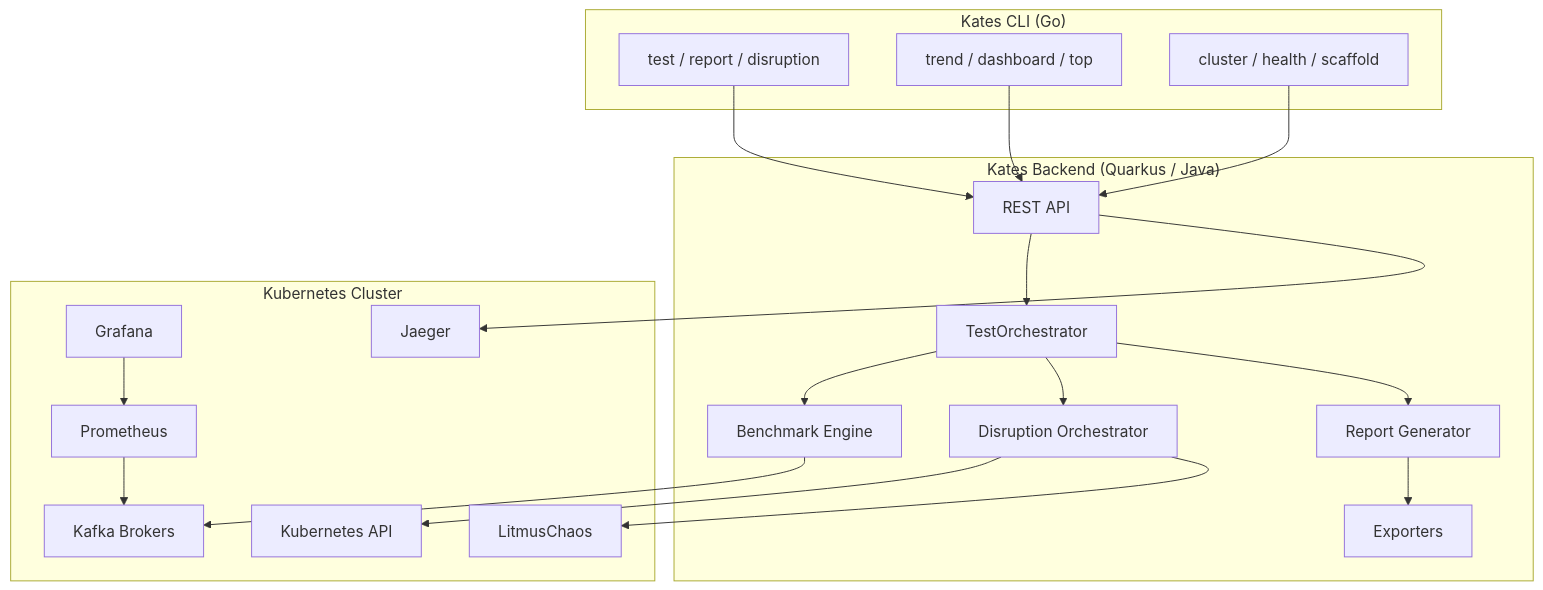
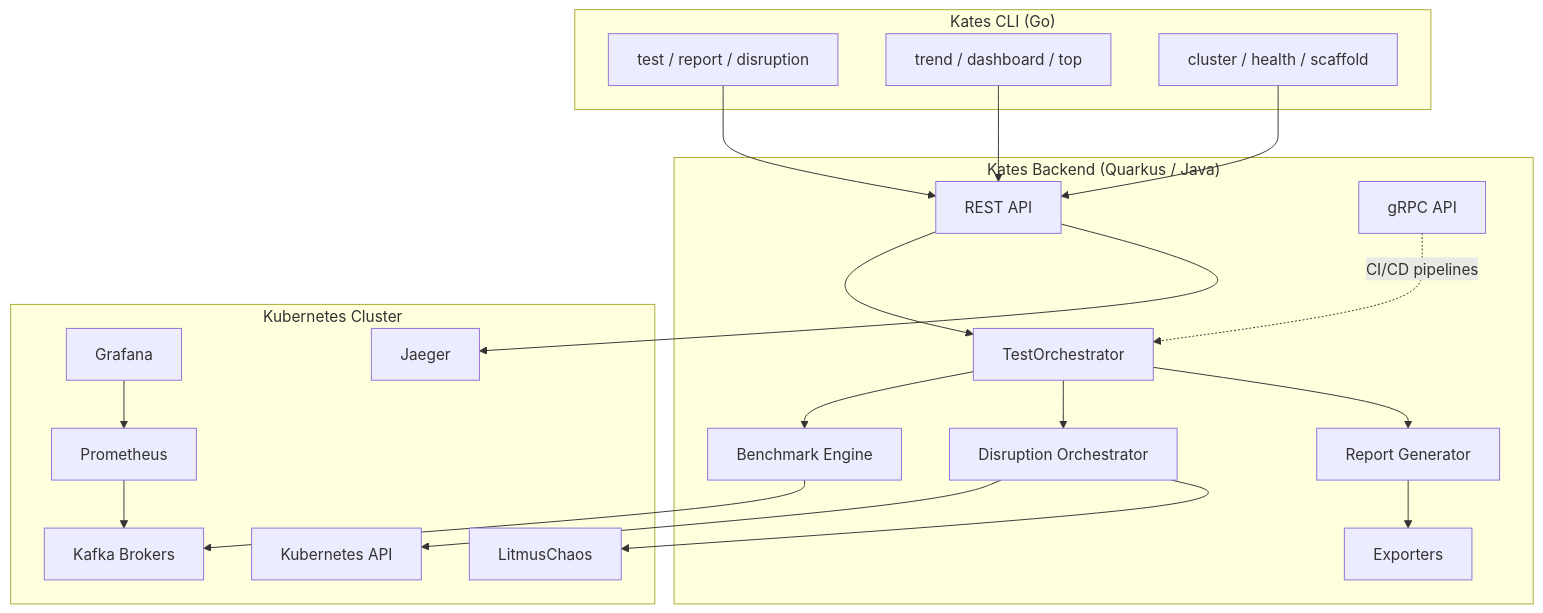
One commit to actions-marketplace-validations/bmscomp_kates changed the first of 7 diagrams in docs/book/02-architecture.md. Above: the diagram before and after it, drawn with Mermaid. The commit also changed other lines of this file and 9 other files, not shown here.

````diff
--- a/docs/book/02-architecture.md
+++ b/docs/book/02-architecture.md
@@ -7,41 +7,43 @@
 ```mermaid
 graph TB
     subgraph CLI["Kates CLI (Go)"]
         CLI1[test / report / disruption]
         CLI2[trend / dashboard / top]
         CLI3[cluster / health / scaffold]
     end
     
     subgraph Backend["Kates Backend (Quarkus / Java)"]
         API[REST API]
+        GRPC[gRPC API]
         ORCH[TestOrchestrator]
         ENG[Benchmark Engine]
         CHAOS[Disruption Orchestrator]
         RPT[Report Generator]
         EXP[Exporters]
     end
     
     subgraph Infra["Kubernetes Cluster"]
         K8S[Kubernetes API]
         KAFKA[Kafka Brokers]
         PROM[Prometheus]
         GRAF[Grafana]
         JAEGER[Jaeger]
         LIT[LitmusChaos]
     end
     
     CLI1 --> API
     CLI2 --> API
     CLI3 --> API
+    GRPC -.->|"CI/CD pipelines"| ORCH
     API --> ORCH
     ORCH --> ENG
     ORCH --> CHAOS
     ORCH --> RPT
     RPT --> EXP
     CHAOS --> K8S
     CHAOS --> LIT
     ENG --> KAFKA
     PROM --> KAFKA
     GRAF --> PROM
     API --> JAEGER
 ```
````
